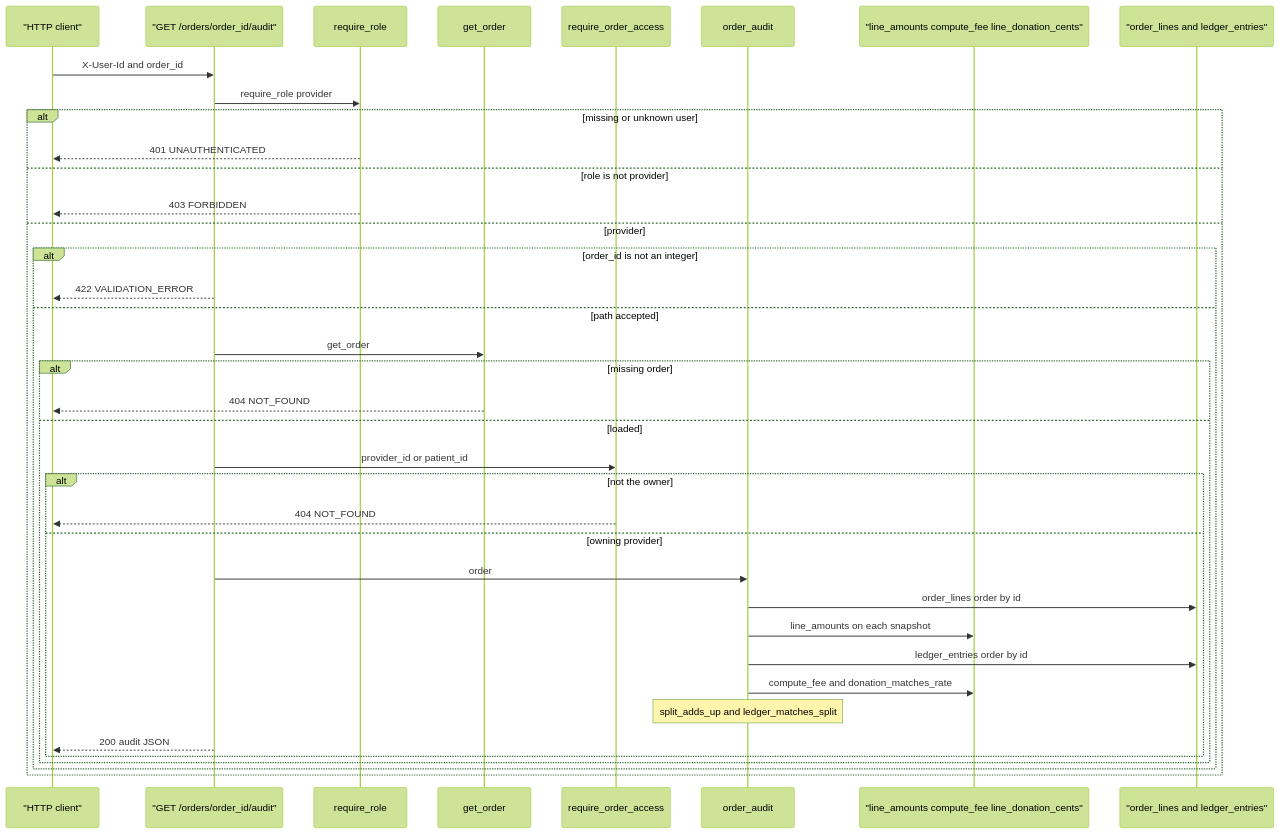
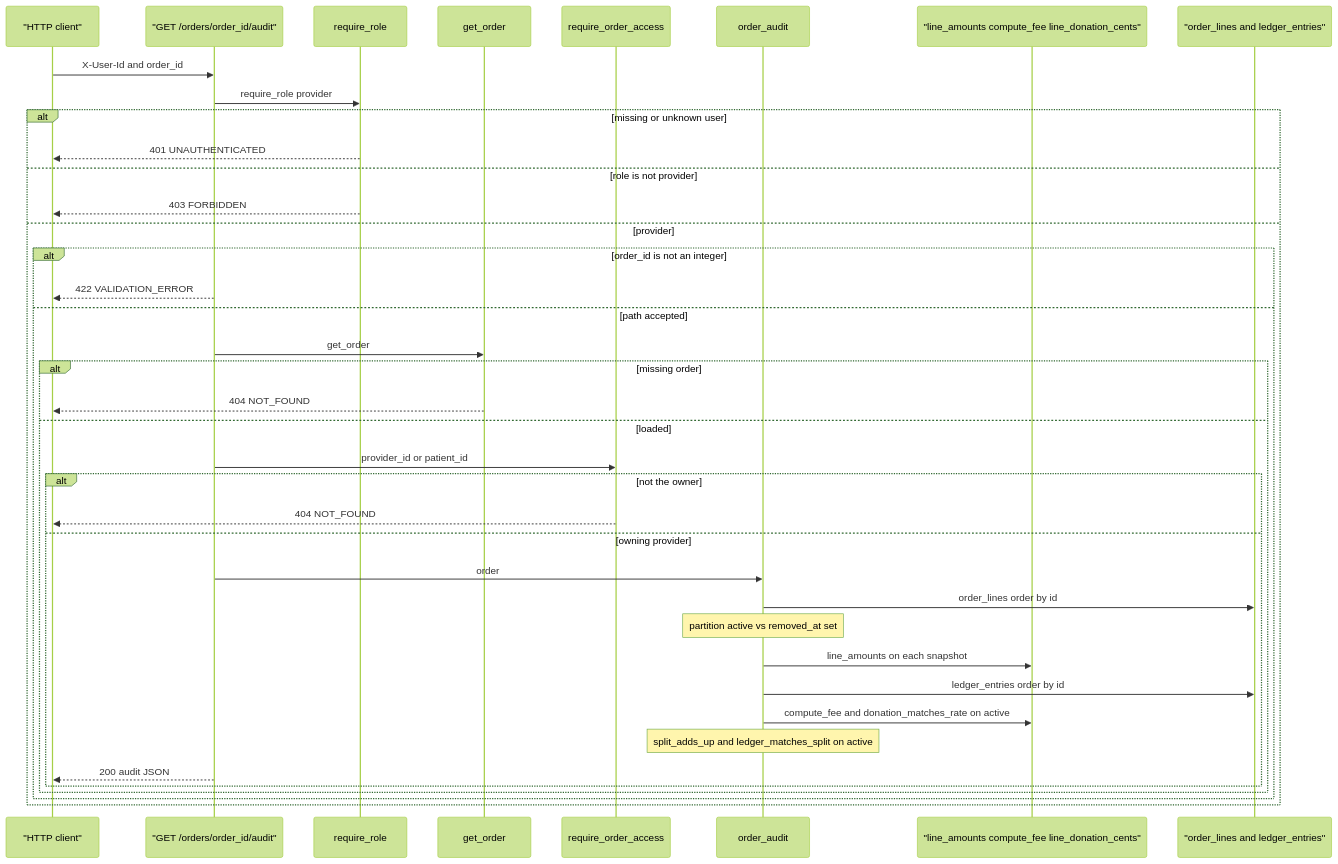
The second of 2 diagrams in docs/diagrams/flows/reporting.md (drtclem/cerbo_wk1), drawn with Mermaid (forest theme) before and after one commit. The commit also changed other lines of this file and 8 other files, not shown here.

Commit message:
Diagrams for T24; D13 matches the built behavior

````diff
--- a/docs/diagrams/flows/reporting.md
+++ b/docs/diagrams/flows/reporting.md
@@ -58,41 +58,42 @@
 ```mermaid
 sequenceDiagram
   participant Client as "HTTP client"
   participant Route as "GET /orders/order_id/audit"
   participant Auth as require_role
   participant Orders as get_order
   participant Access as require_order_access
   participant Svc as order_audit
   participant Money as "line_amounts compute_fee line_donation_cents"
   participant Db as "order_lines and ledger_entries"
 
   Client->>Route: X-User-Id and order_id
   Route->>Auth: require_role provider
   alt missing or unknown user
     Auth-->>Client: 401 UNAUTHENTICATED
   else role is not provider
     Auth-->>Client: 403 FORBIDDEN
   else provider
     alt order_id is not an integer
       Route-->>Client: 422 VALIDATION_ERROR
     else path accepted
       Route->>Orders: get_order
       alt missing order
         Orders-->>Client: 404 NOT_FOUND
       else loaded
         Route->>Access: provider_id or patient_id
         alt not the owner
           Access-->>Client: 404 NOT_FOUND
         else owning provider
           Route->>Svc: order
           Svc->>Db: order_lines order by id
+          Note over Svc: partition active vs removed_at set
           Svc->>Money: line_amounts on each snapshot
           Svc->>Db: ledger_entries order by id
-          Svc->>Money: compute_fee and donation_matches_rate
-          Note over Svc: split_adds_up and ledger_matches_split
+          Svc->>Money: compute_fee and donation_matches_rate on active
+          Note over Svc: split_adds_up and ledger_matches_split on active
           Route-->>Client: 200 audit JSON
         end
       end
     end
   end
 ```
````
